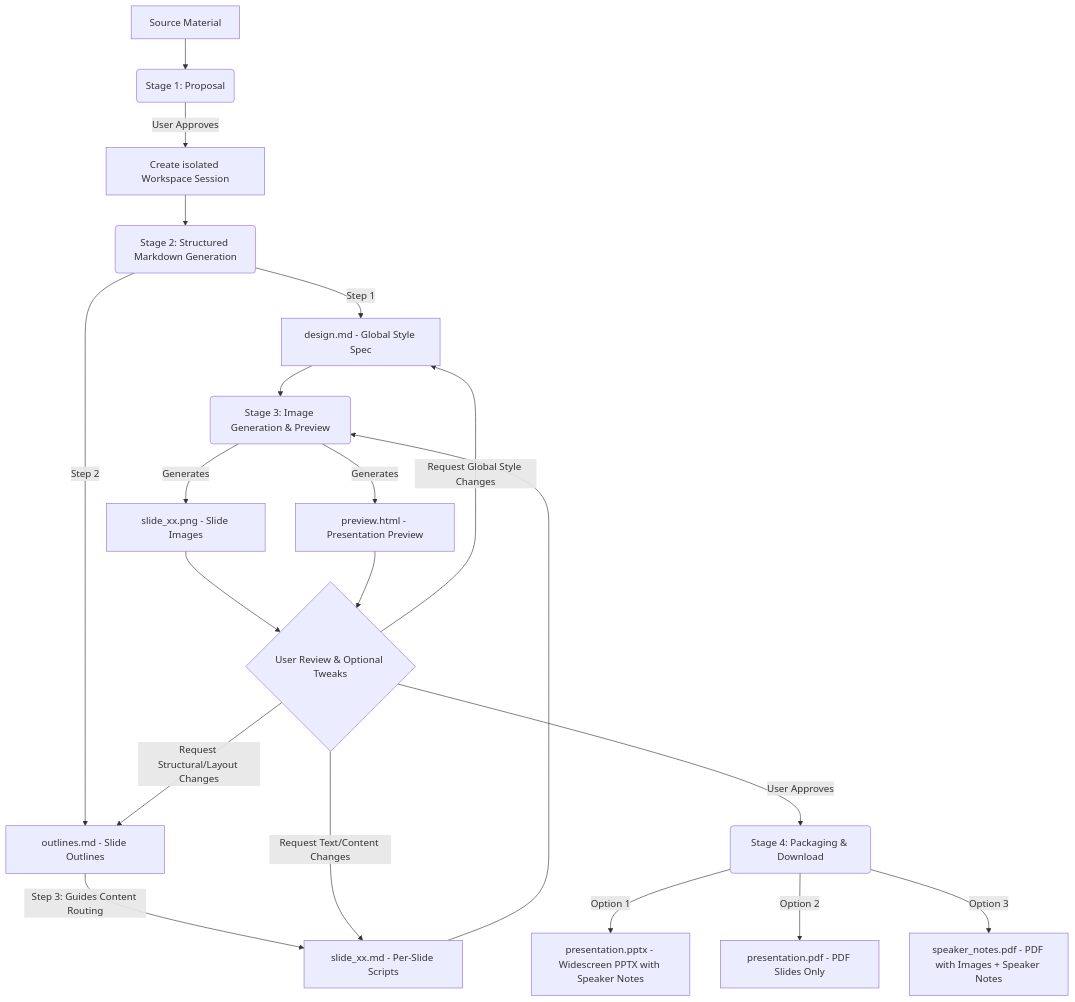
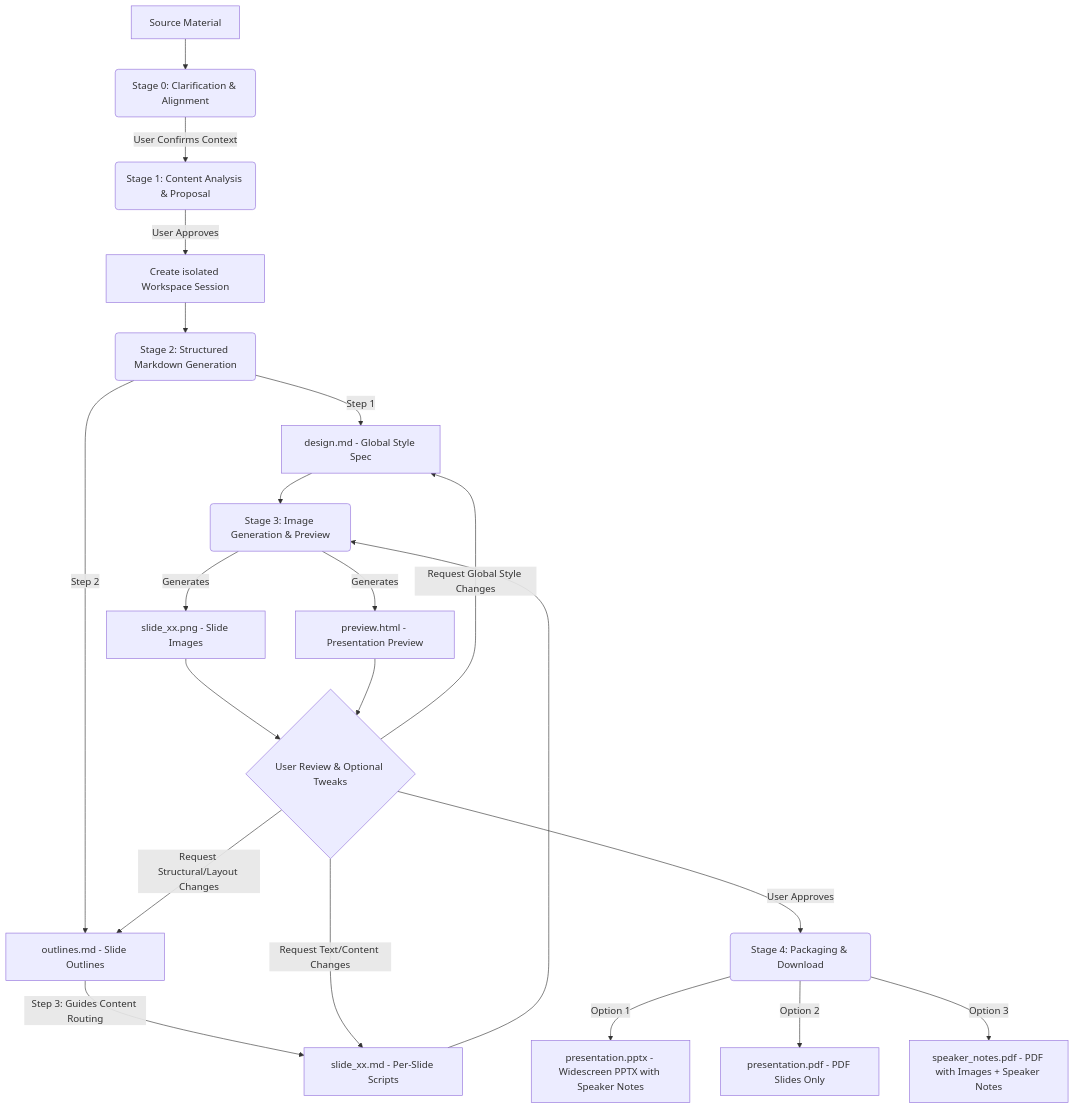
The diagram in README.md (sylphlin/slide-gen-agent), drawn with Mermaid before and after one commit. The commit also changed other lines of this file, not shown here.

First line of the commit message:
docs(readme): add Stage 0 to pipeline description and diagram

````diff
--- a/README.md
+++ b/README.md
@@ -15,25 +15,26 @@
 ```mermaid
 graph TD
-    A[Source Material] --> B(Stage 1: Proposal)
+    A[Source Material] --> A0(Stage 0: Clarification & Alignment)
+    A0 -->|User Confirms Context| B(Stage 1: Content Analysis & Proposal)
     B -->|User Approves| C[Create isolated Workspace Session]
     C --> D(Stage 2: Structured Markdown Generation)
     
     D -->|Step 1| E1[design.md - Global Style Spec]
     D -->|Step 2| E2[outlines.md - Slide Outlines]
     E2 -->|Step 3: Guides Content Routing| E3[slide_xx.md - Per-Slide Scripts]
     
     E1 & E3 --> F(Stage 3: Image Generation & Preview)
     F -->|Generates| G1[slide_xx.png - Slide Images]
     F -->|Generates| G2[preview.html - Presentation Preview]
     
     G1 & G2 --> H{User Review & Optional Tweaks}
     
     H -->|Request Text/Content Changes| E3
     H -->|Request Structural/Layout Changes| E2
     H -->|Request Global Style Changes| E1
     
     H -->|User Approves| I(Stage 4: Packaging & Download)
     I -->|Option 1| J[presentation.pptx - Widescreen PPTX with Speaker Notes]
     I -->|Option 2| K[presentation.pdf - PDF Slides Only]
     I -->|Option 3| L[speaker_notes.pdf - PDF with Images + Speaker Notes]
 ```
````
